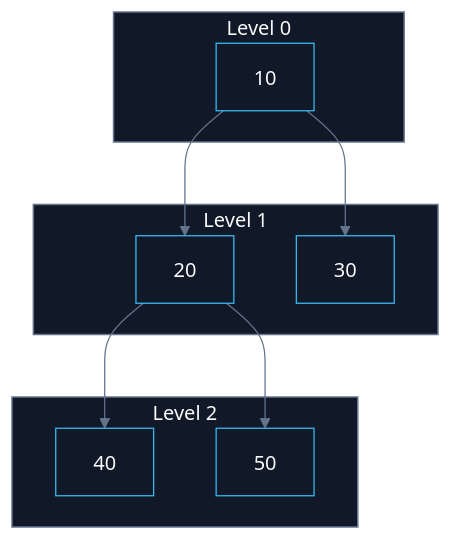
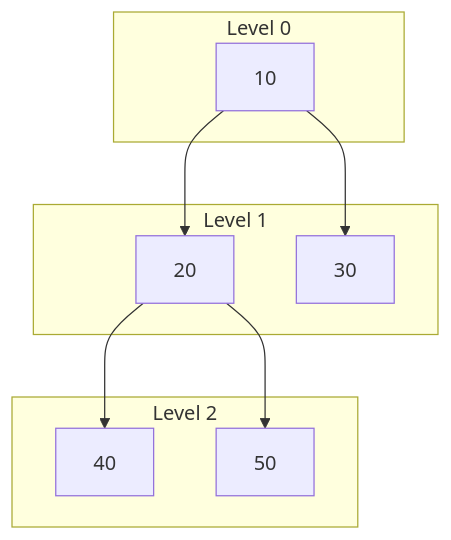
Before and after one commit to abhinavbharti2345/CS_Notes: the fifth of 5 diagrams in CS/DSA/07. Trees & BSTs/02. Binary Tree Traversals.md, drawn with Mermaid. The commit also changed other lines of this file and 91 other files, not shown here.

````diff
--- a/CS/DSA/07. Trees & BSTs/02. Binary Tree Traversals.md
+++ b/CS/DSA/07. Trees & BSTs/02. Binary Tree Traversals.md
@@ -442,23 +438,22 @@
 ```mermaid
-%%{init: {'theme': 'base', 'themeVariables': { 'darkMode': true, 'background': '#0B0F14', 'mainBkg': '#111827', 'primaryColor': '#111827', 'primaryTextColor': '#F8FAFC', 'primaryBorderColor': '#38BDF8', 'lineColor': '#64748B', 'secondaryColor': '#0B0F14', 'tertiaryColor': '#0B0F14', 'clusterBkg': '#0B0F14', 'clusterBorder': '#38BDF8' }}}%%
 flowchart TD
     subgraph L0 ["Level 0"]
         N10["10"]
     end
     subgraph L1 ["Level 1"]
         N20["20"]
         N30["30"]
     end
     subgraph L2 ["Level 2"]
         N40["40"]
         N50["50"]
     end
 
     N10 --> N20
     N10 --> N30
     N20 --> N40
     N20 --> N50
 
-    classDef level fill:#111827,stroke:#64748b,stroke-width:1.2px,color:#F8FAFC;
-    class L0,L1,L2 level;
+    classDef level stroke:#64748b,stroke-width:1.2px;
+;
 ```
````
